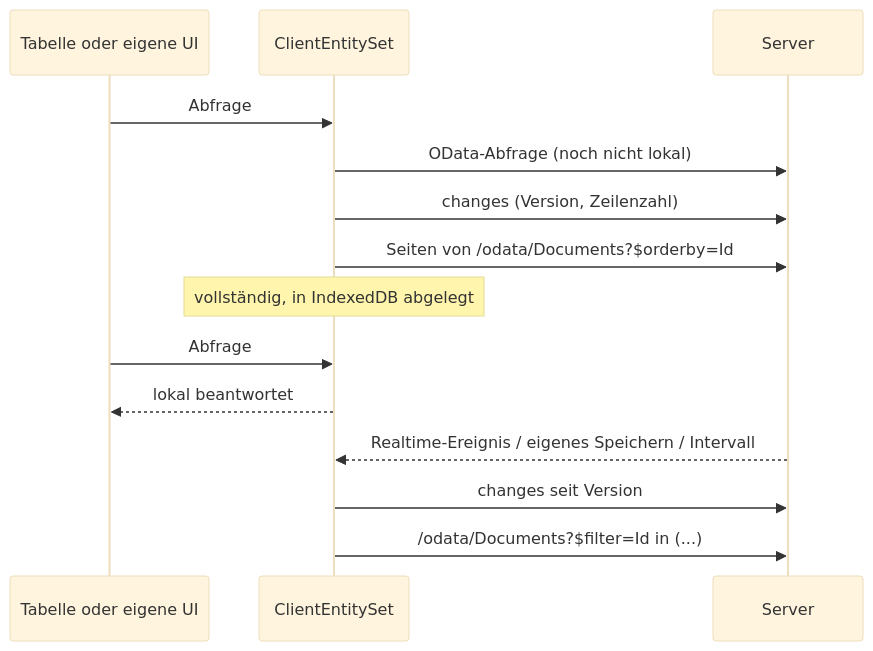
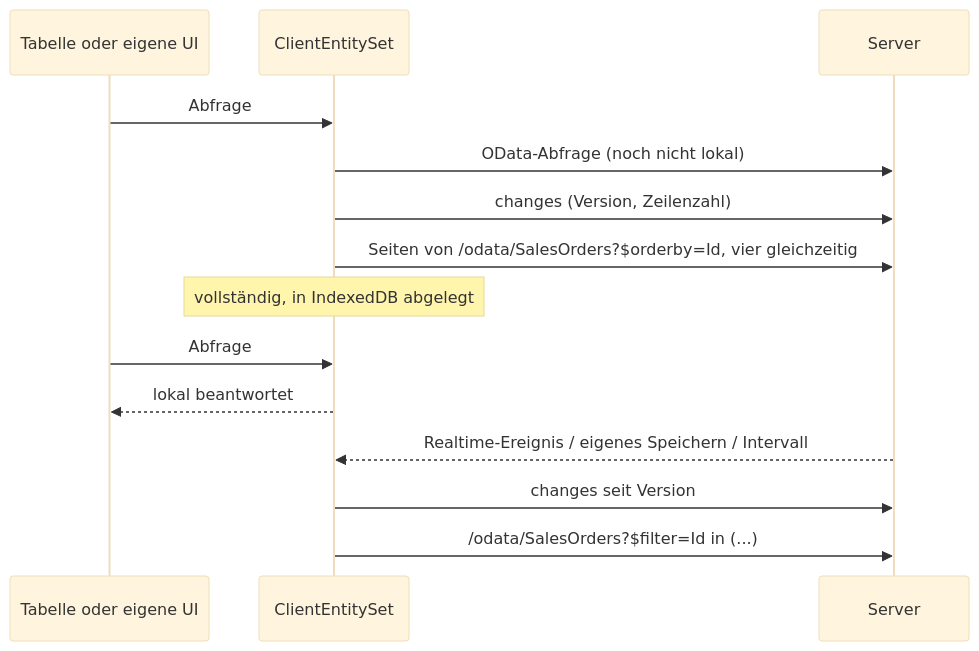
One commit to fgilde/CoworkeeLib changed the diagram in website/docs/ui/client-entities.de.md. Above: the diagram before and after it, drawn with Mermaid (base theme). The commit also changed other lines of this file and 8 other files, not shown here.

Commit message:
docs: client entities and application services as step by step guides with the sales orders sample and performance numbers, linked from home and first feature; http-api.de.md back to UTF-8

````diff
--- a/website/docs/ui/client-entities.de.md
+++ b/website/docs/ui/client-entities.de.md
@@ -5,16 +9,16 @@
 ```mermaid
 sequenceDiagram
     participant T as Tabelle oder eigene UI
     participant S as ClientEntitySet
     participant API as Server
     T->>S: Abfrage
     S->>API: OData-Abfrage (noch nicht lokal)
     S->>API: changes (Version, Zeilenzahl)
-    S->>API: Seiten von /odata/Documents?$orderby=Id
+    S->>API: Seiten von /odata/SalesOrders?$orderby=Id, vier gleichzeitig
     Note over S: vollständig, in IndexedDB abgelegt
     T->>S: Abfrage
     S-->>T: lokal beantwortet
     API-->>S: Realtime-Ereignis / eigenes Speichern / Intervall
     S->>API: changes seit Version
-    S->>API: /odata/Documents?$filter=Id in (...)
+    S->>API: /odata/SalesOrders?$filter=Id in (...)
 ```
````
